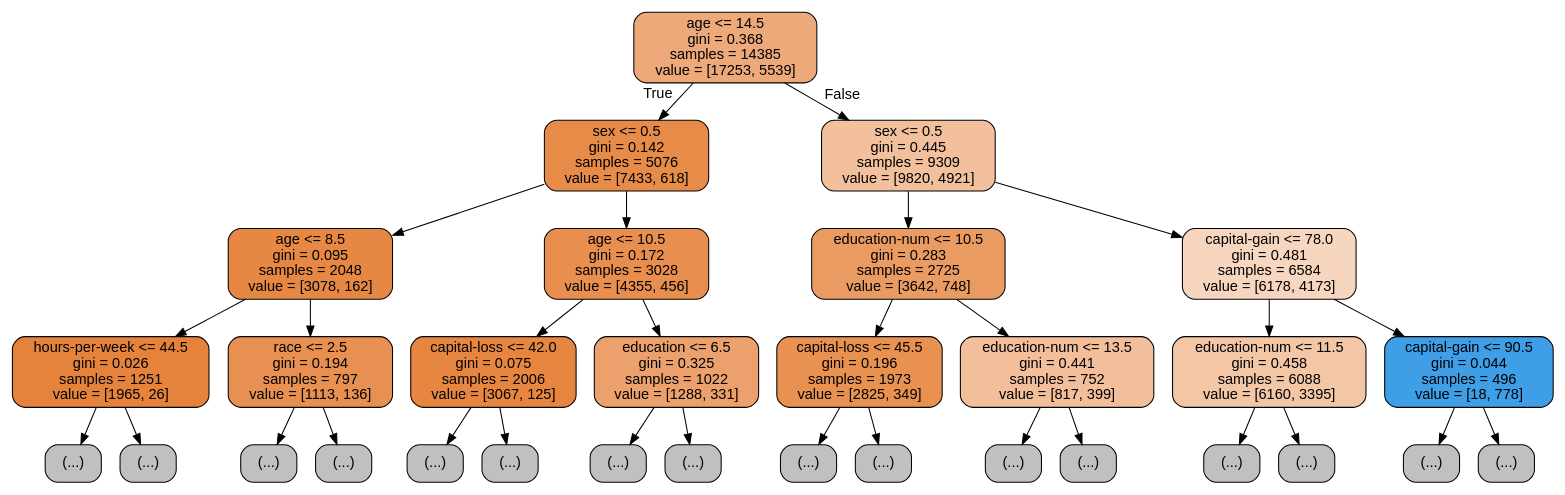
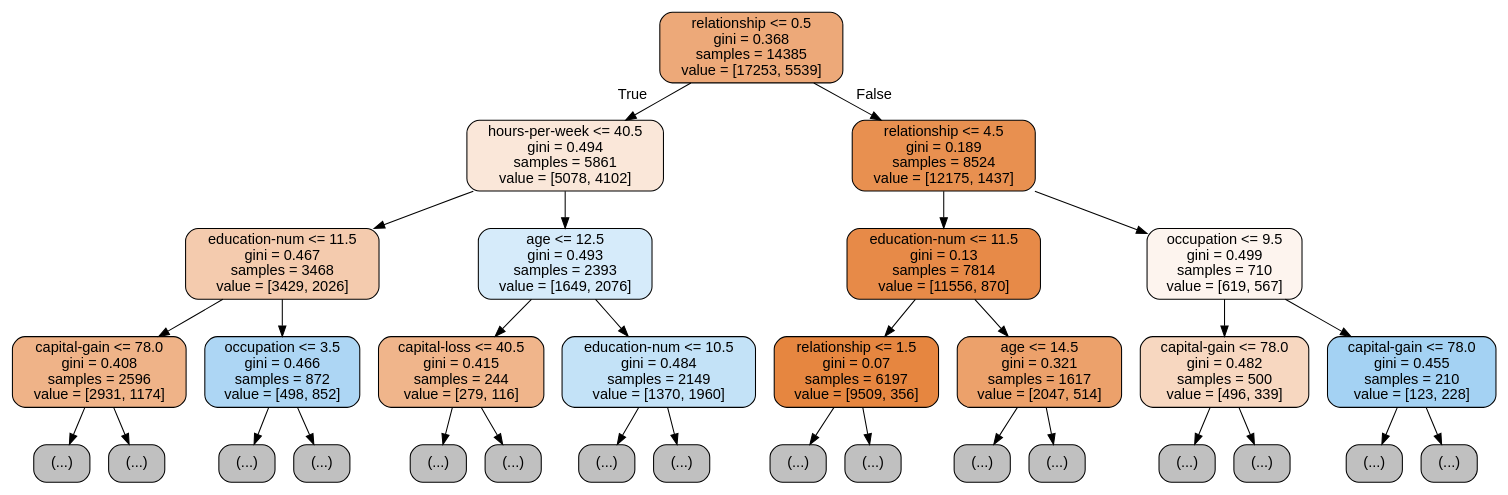
The diagram in tree2.dot (jangbigom91/ML), drawn with Graphviz before and after one commit. The commit also changed 51 other files, not shown here.

```diff
--- a/tree2.dot
+++ b/tree2.dot
@@ -1,65 +1,65 @@
 digraph Tree {
 node [shape=box, style="filled, rounded", color="black", fontname=helvetica] ;
 edge [fontname=helvetica] ;
-0 [label="age <= 14.5\ngini = 0.368\nsamples = 14385\nvalue = [17253, 5539]", fillcolor="#eda979"] ;
-1 [label="sex <= 0.5\ngini = 0.142\nsamples = 5076\nvalue = [7433, 618]", fillcolor="#e78b49"] ;
+0 [label="relationship <= 0.5\ngini = 0.368\nsamples = 14385\nvalue = [17253, 5539]", fillcolor="#eda979"] ;
+1 [label="hours-per-week <= 40.5\ngini = 0.494\nsamples = 5861\nvalue = [5078, 4102]", fillcolor="#fae7d9"] ;
 0 -> 1 [labeldistance=2.5, labelangle=45, headlabel="True"] ;
-2 [label="age <= 8.5\ngini = 0.095\nsamples = 2048\nvalue = [3078, 162]", fillcolor="#e68843"] ;
+2 [label="education-num <= 11.5\ngini = 0.467\nsamples = 3468\nvalue = [3429, 2026]", fillcolor="#f4cbae"] ;
 1 -> 2 ;
-3 [label="hours-per-week <= 44.5\ngini = 0.026\nsamples = 1251\nvalue = [1965, 26]", fillcolor="#e5833c"] ;
+3 [label="capital-gain <= 78.0\ngini = 0.408\nsamples = 2596\nvalue = [2931, 1174]", fillcolor="#efb388"] ;
 2 -> 3 ;
 4 [label="(...)", fillcolor="#C0C0C0"] ;
 3 -> 4 ;
-29 [label="(...)", fillcolor="#C0C0C0"] ;
-3 -> 29 ;
-36 [label="race <= 2.5\ngini = 0.194\nsamples = 797\nvalue = [1113, 136]", fillcolor="#e89051"] ;
-2 -> 36 ;
-37 [label="(...)", fillcolor="#C0C0C0"] ;
-36 -> 37 ;
-38 [label="(...)", fillcolor="#C0C0C0"] ;
-36 -> 38 ;
-81 [label="age <= 10.5\ngini = 0.172\nsamples = 3028\nvalue = [4355, 456]", fillcolor="#e88e4e"] ;
-1 -> 81 ;
-82 [label="capital-loss <= 42.0\ngini = 0.075\nsamples = 2006\nvalue = [3067, 125]", fillcolor="#e68641"] ;
-81 -> 82 ;
-83 [label="(...)", fillcolor="#C0C0C0"] ;
-82 -> 83 ;
-160 [label="(...)", fillcolor="#C0C0C0"] ;
-82 -> 160 ;
-163 [label="education <= 6.5\ngini = 0.325\nsamples = 1022\nvalue = [1288, 331]", fillcolor="#eca16c"] ;
-81 -> 163 ;
-164 [label="(...)", fillcolor="#C0C0C0"] ;
-163 -> 164 ;
-173 [label="(...)", fillcolor="#C0C0C0"] ;
-163 -> 173 ;
-258 [label="sex <= 0.5\ngini = 0.445\nsamples = 9309\nvalue = [9820, 4921]", fillcolor="#f2c09c"] ;
-0 -> 258 [labeldistance=2.5, labelangle=-45, headlabel="False"] ;
-259 [label="education-num <= 10.5\ngini = 0.283\nsamples = 2725\nvalue = [3642, 748]", fillcolor="#ea9b62"] ;
-258 -> 259 ;
-260 [label="capital-loss <= 45.5\ngini = 0.196\nsamples = 1973\nvalue = [2825, 349]", fillcolor="#e89151"] ;
-259 -> 260 ;
-261 [label="(...)", fillcolor="#C0C0C0"] ;
-260 -> 261 ;
-344 [label="(...)", fillcolor="#C0C0C0"] ;
-260 -> 344 ;
-345 [label="education-num <= 13.5\ngini = 0.441\nsamples = 752\nvalue = [817, 399]", fillcolor="#f2bf9a"] ;
-259 -> 345 ;
-346 [label="(...)", fillcolor="#C0C0C0"] ;
-345 -> 346 ;
-415 [label="(...)", fillcolor="#C0C0C0"] ;
-345 -> 415 ;
-426 [label="capital-gain <= 78.0\ngini = 0.481\nsamples = 6584\nvalue = [6178, 4173]", fillcolor="#f7d6bf"] ;
-258 -> 426 ;
-427 [label="education-num <= 11.5\ngini = 0.458\nsamples = 6088\nvalue = [6160, 3395]", fillcolor="#f3c6a6"] ;
-426 -> 427 ;
-428 [label="(...)", fillcolor="#C0C0C0"] ;
-427 -> 428 ;
-583 [label="(...)", fillcolor="#C0C0C0"] ;
-427 -> 583 ;
-682 [label="capital-gain <= 90.5\ngini = 0.044\nsamples = 496\nvalue = [18, 778]", fillcolor="#3e9fe6"] ;
-426 -> 682 ;
-683 [label="(...)", fillcolor="#C0C0C0"] ;
-682 -> 683 ;
-686 [label="(...)", fillcolor="#C0C0C0"] ;
-682 -> 686 ;
+99 [label="(...)", fillcolor="#C0C0C0"] ;
+3 -> 99 ;
+102 [label="occupation <= 3.5\ngini = 0.466\nsamples = 872\nvalue = [498, 852]", fillcolor="#add6f4"] ;
+2 -> 102 ;
+103 [label="(...)", fillcolor="#C0C0C0"] ;
+102 -> 103 ;
+116 [label="(...)", fillcolor="#C0C0C0"] ;
+102 -> 116 ;
+157 [label="age <= 12.5\ngini = 0.493\nsamples = 2393\nvalue = [1649, 2076]", fillcolor="#d6ebfa"] ;
+1 -> 157 ;
+158 [label="capital-loss <= 40.5\ngini = 0.415\nsamples = 244\nvalue = [279, 116]", fillcolor="#f0b58b"] ;
+157 -> 158 ;
+159 [label="(...)", fillcolor="#C0C0C0"] ;
+158 -> 159 ;
+194 [label="(...)", fillcolor="#C0C0C0"] ;
+158 -> 194 ;
+195 [label="education-num <= 10.5\ngini = 0.484\nsamples = 2149\nvalue = [1370, 1960]", fillcolor="#c3e2f7"] ;
+157 -> 195 ;
+196 [label="(...)", fillcolor="#C0C0C0"] ;
+195 -> 196 ;
+281 [label="(...)", fillcolor="#C0C0C0"] ;
+195 -> 281 ;
+322 [label="relationship <= 4.5\ngini = 0.189\nsamples = 8524\nvalue = [12175, 1437]", fillcolor="#e89050"] ;
+0 -> 322 [labeldistance=2.5, labelangle=-45, headlabel="False"] ;
+323 [label="education-num <= 11.5\ngini = 0.13\nsamples = 7814\nvalue = [11556, 870]", fillcolor="#e78a48"] ;
+322 -> 323 ;
+324 [label="relationship <= 1.5\ngini = 0.07\nsamples = 6197\nvalue = [9509, 356]", fillcolor="#e68640"] ;
+323 -> 324 ;
+325 [label="(...)", fillcolor="#C0C0C0"] ;
+324 -> 325 ;
+436 [label="(...)", fillcolor="#C0C0C0"] ;
+324 -> 436 ;
+521 [label="age <= 14.5\ngini = 0.321\nsamples = 1617\nvalue = [2047, 514]", fillcolor="#eca16b"] ;
+323 -> 521 ;
+522 [label="(...)", fillcolor="#C0C0C0"] ;
+521 -> 522 ;
+561 [label="(...)", fillcolor="#C0C0C0"] ;
+521 -> 561 ;
+616 [label="occupation <= 9.5\ngini = 0.499\nsamples = 710\nvalue = [619, 567]", fillcolor="#fdf4ee"] ;
+322 -> 616 ;
+617 [label="capital-gain <= 78.0\ngini = 0.482\nsamples = 500\nvalue = [496, 339]", fillcolor="#f7d7c0"] ;
+616 -> 617 ;
+618 [label="(...)", fillcolor="#C0C0C0"] ;
+617 -> 618 ;
+637 [label="(...)", fillcolor="#C0C0C0"] ;
+617 -> 637 ;
+638 [label="capital-gain <= 78.0\ngini = 0.455\nsamples = 210\nvalue = [123, 228]", fillcolor="#a4d2f3"] ;
+616 -> 638 ;
+639 [label="(...)", fillcolor="#C0C0C0"] ;
+638 -> 639 ;
+664 [label="(...)", fillcolor="#C0C0C0"] ;
+638 -> 664 ;
 }
```
